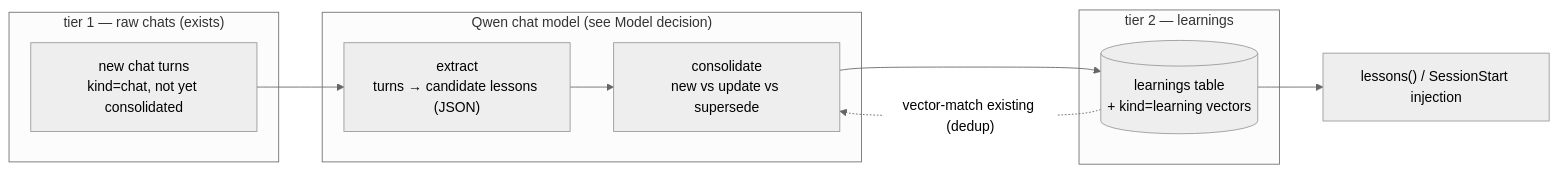
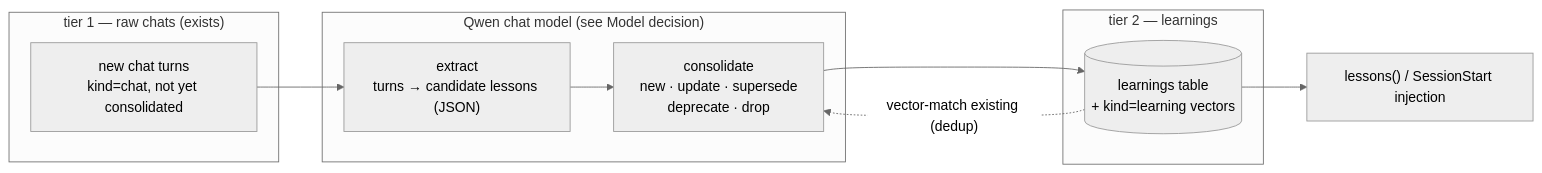
Before and after one commit to the-dsvolk/qmx: the first of 2 diagrams in plan/qmx-learnings.md, drawn with Mermaid (neutral theme). The commit also changed other lines of this file and 13 other files, not shown here.

First line of the commit message:
feat(learnings): lifecycle ops — fix in place, soft-retire, and retire from consolidation (schema v5) (#25)

````diff
--- a/plan/qmx-learnings.md
+++ b/plan/qmx-learnings.md
@@ -58,16 +127,16 @@
 ```mermaid
 flowchart LR
   subgraph IN["tier 1 — raw chats (exists)"]
     T["new chat turns<br/>kind=chat, not yet consolidated"]
   end
   subgraph LLM["Qwen chat model (see Model decision)"]
     EX["extract<br/>turns → candidate lessons (JSON)"]
-    CO["consolidate<br/>new vs update vs supersede"]
+    CO["consolidate<br/>new · update · supersede<br/>deprecate · drop"]
   end
   subgraph OUT["tier 2 — learnings"]
     L[("learnings table<br/>+ kind=learning vectors")]
   end
   T --> EX --> CO --> L
   L -. "vector-match existing (dedup)" .-> CO
   L --> LES["lessons() / SessionStart injection"]
 ```
````
